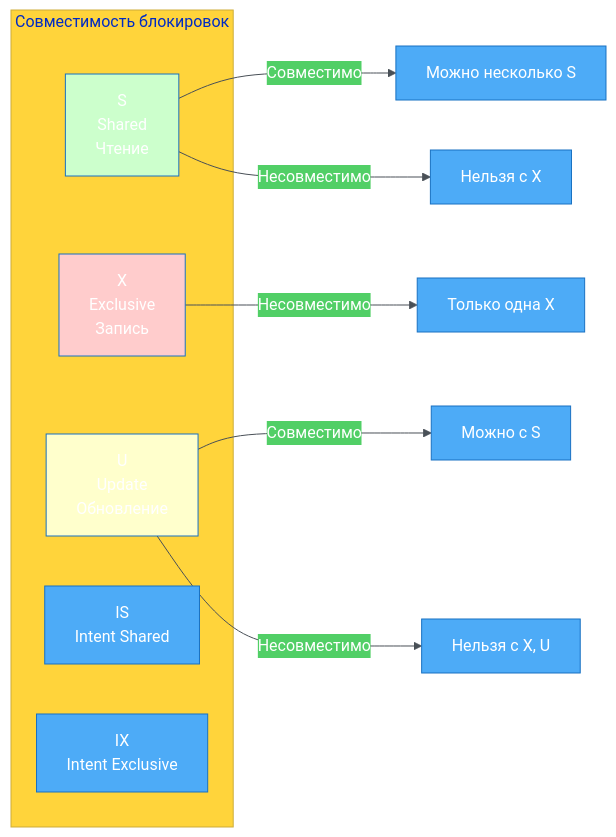
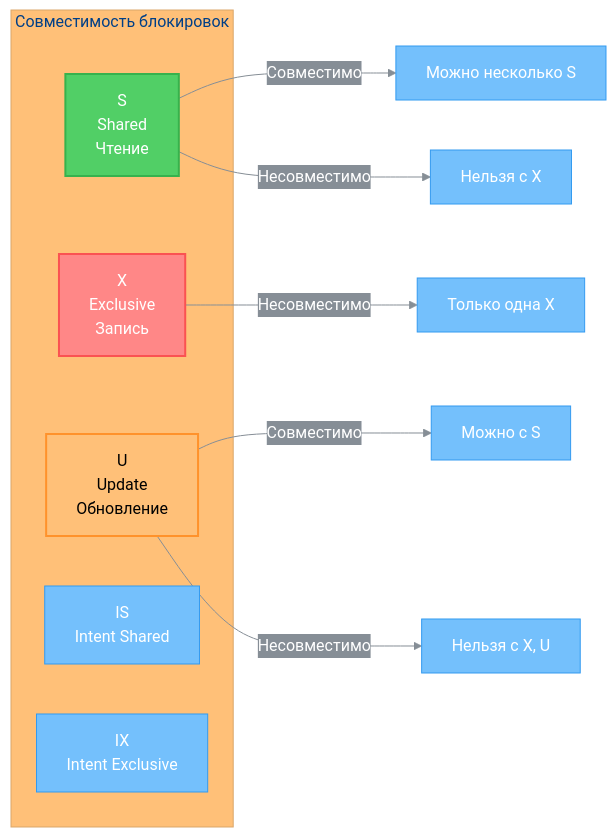
One commit to alx314vo/db_exam changed the tenth of 23 diagrams in db_exam.md. Above: the diagram before and after it, drawn with Mermaid. The commit also changed other lines of this file, not shown here.

````diff
--- a/db_exam.md
+++ b/db_exam.md
@@ -537,21 +537,21 @@
 ```mermaid
-%%{init: {'theme':'base', 'themeVariables': {'primaryColor':'#4dabf7','primaryTextColor':'#fff','primaryBorderColor':'#1971c2','lineColor':'#495057','secondaryColor':'#51cf66','tertiaryColor':'#ffd43b'}}}%%
+%%{init: {'theme':'base', 'themeVariables': {'primaryColor':'#74c0fc','primaryTextColor':'#fff','primaryBorderColor':'#339af0','lineColor':'#868e96','secondaryColor':'#868e96','tertiaryColor':'#ffc078','background':'#ffffff','textColor':'#212529'}}}%%
 graph LR
     subgraph "Совместимость блокировок"
         A[S<br/>Shared<br/>Чтение] 
         B[X<br/>Exclusive<br/>Запись]
         C[U<br/>Update<br/>Обновление]
         D[IS<br/>Intent Shared]
         E[IX<br/>Intent Exclusive]
     end
     
     A -->|Совместимо| A1[Можно несколько S]
     A -->|Несовместимо| B1[Нельзя с X]
     B -->|Несовместимо| B2[Только одна X]
     C -->|Совместимо| C1[Можно с S]
     C -->|Несовместимо| C2[Нельзя с X, U]
     
-    style A fill:#ccffcc
-    style B fill:#ffcccc
-    style C fill:#ffffcc
+    style A fill:#51cf66,stroke:#37b24d,stroke-width:2px,color:#fff
+    style B fill:#ff8787,stroke:#fa5252,stroke-width:2px,color:#fff
+    style C fill:#ffc078,stroke:#ff922b,stroke-width:2px,color:#000
 ```
````
